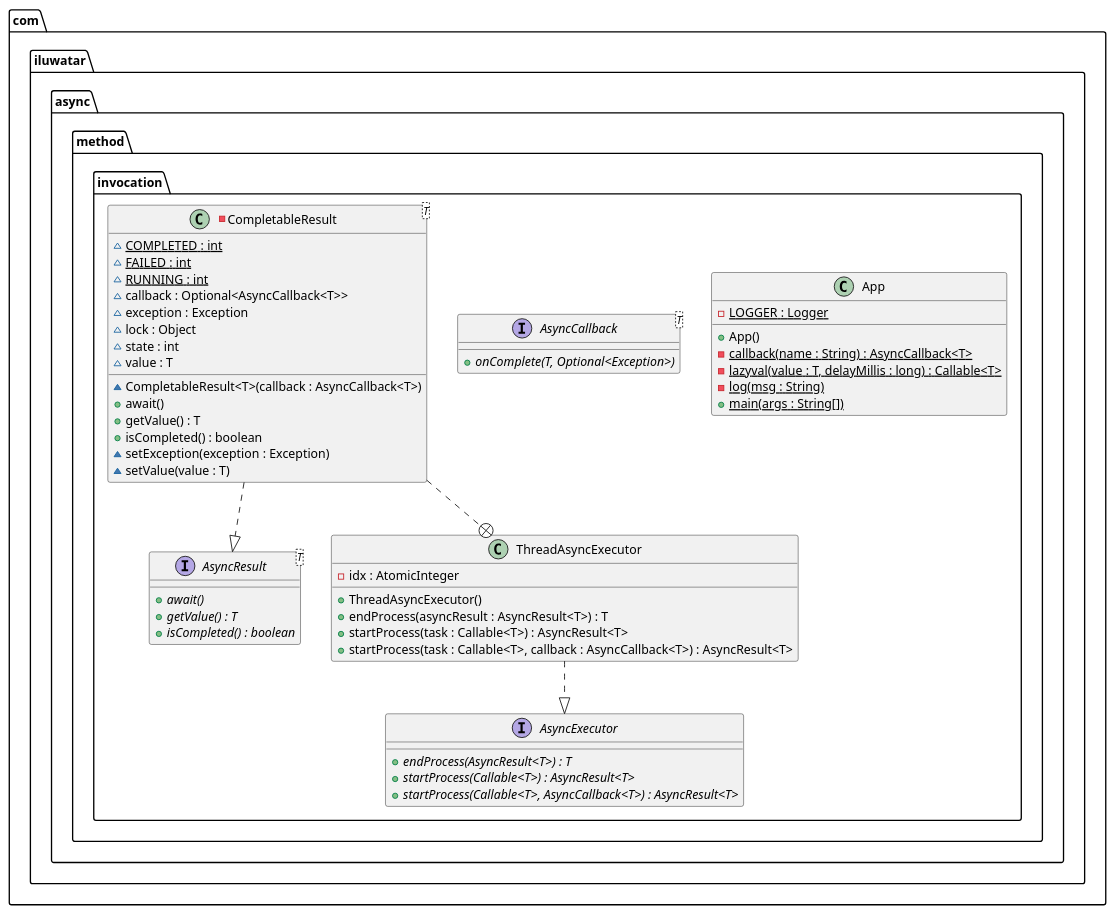
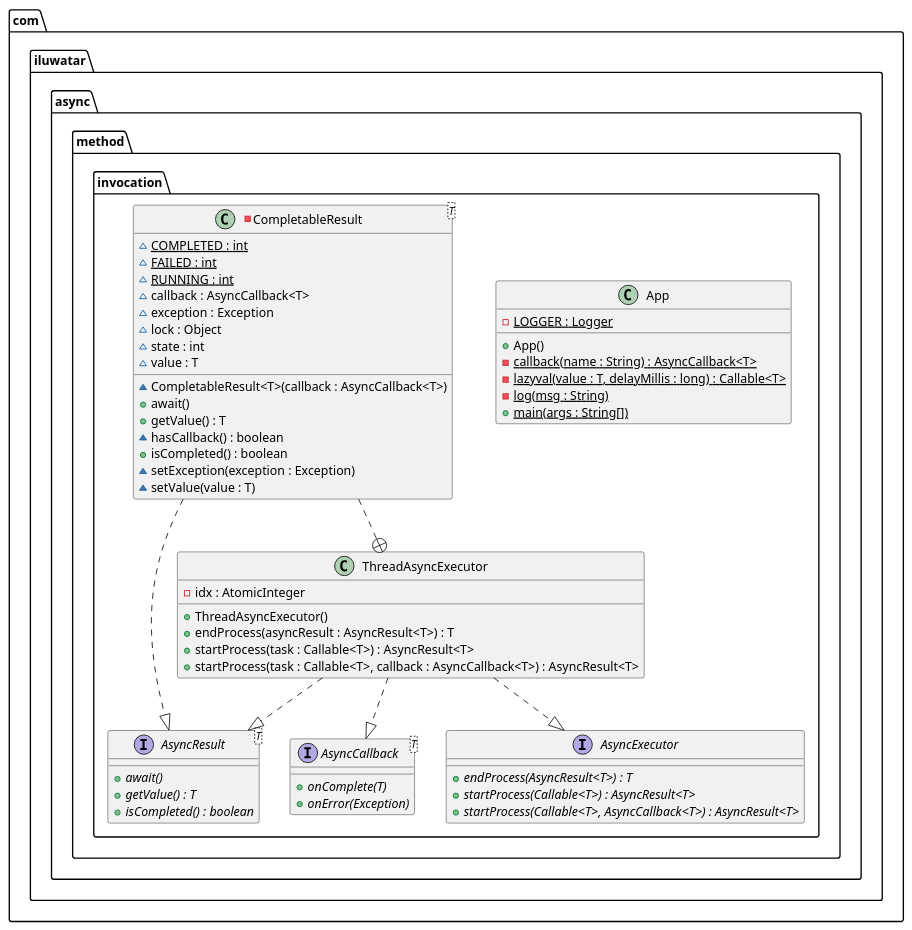
The diagram in async-method-invocation/etc/async-method-invocation.urm.puml (iluwatar/java-design-patterns), drawn with PlantUML before and after one commit. The commit also changed 5 other files, not shown here.

Commit message:
refactor: Eliminate Optional from fields and parameters for async method invocation (#2830)

```diff
--- a/async-method-invocation/etc/async-method-invocation.urm.puml
+++ b/async-method-invocation/etc/async-method-invocation.urm.puml
@@ -1,51 +1,55 @@
 @startuml
 package com.iluwatar.async.method.invocation {
   class App {
     - LOGGER : Logger {static}
     + App()
     - callback(name : String) : AsyncCallback<T> {static}
     - lazyval(value : T, delayMillis : long) : Callable<T> {static}
     - log(msg : String) {static}
     + main(args : String[]) {static}
   }
   interface AsyncCallback<T> {
-    + onComplete(T, Optional<Exception>) {abstract}
+    + onComplete(T) {abstract}
+    + onError(Exception) {abstract}
   }
   interface AsyncExecutor {
     + endProcess(AsyncResult<T>) : T {abstract}
     + startProcess(Callable<T>) : AsyncResult<T> {abstract}
     + startProcess(Callable<T>, AsyncCallback<T>) : AsyncResult<T> {abstract}
   }
   interface AsyncResult<T> {
     + await() {abstract}
     + getValue() : T {abstract}
     + isCompleted() : boolean {abstract}
   }
   class ThreadAsyncExecutor {
     - idx : AtomicInteger
     + ThreadAsyncExecutor()
     + endProcess(asyncResult : AsyncResult<T>) : T
     + startProcess(task : Callable<T>) : AsyncResult<T>
     + startProcess(task : Callable<T>, callback : AsyncCallback<T>) : AsyncResult<T>
   }
   -class CompletableResult<T> {
     ~ COMPLETED : int {static}
     ~ FAILED : int {static}
     ~ RUNNING : int {static}
-    ~ callback : Optional<AsyncCallback<T>>
+    ~ callback : AsyncCallback<T>
     ~ exception : Exception
     ~ lock : Object
     ~ state : int
     ~ value : T
     ~ CompletableResult<T>(callback : AsyncCallback<T>)
     + await()
     + getValue() : T
+    ~ hasCallback() : boolean
     + isCompleted() : boolean
     ~ setException(exception : Exception)
     ~ setValue(value : T)
   }
 }
+ThreadAsyncExecutor ..|> AsyncCallback
+ThreadAsyncExecutor ..|> AsyncResult
+ThreadAsyncExecutor ..|> AsyncExecutor
 CompletableResult ..+ ThreadAsyncExecutor
-ThreadAsyncExecutor ..|> AsyncExecutor 
-CompletableResult ..|> AsyncResult 
+CompletableResult ..|> AsyncResult
 @enduml
```
